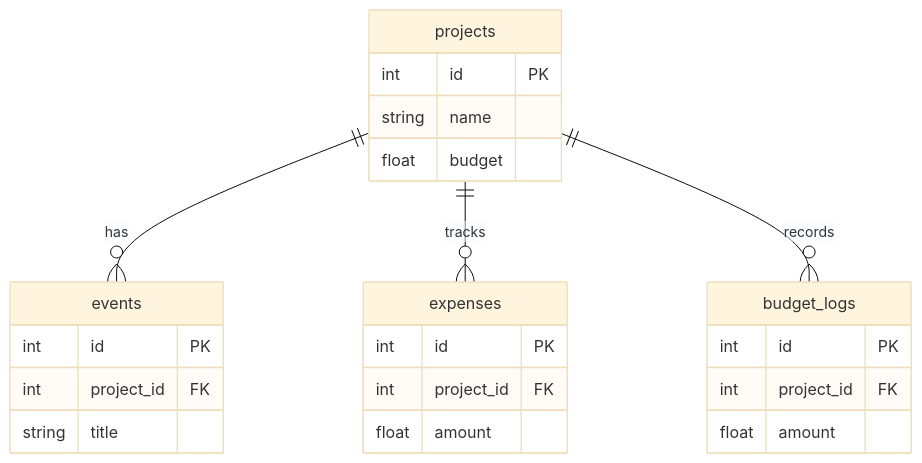
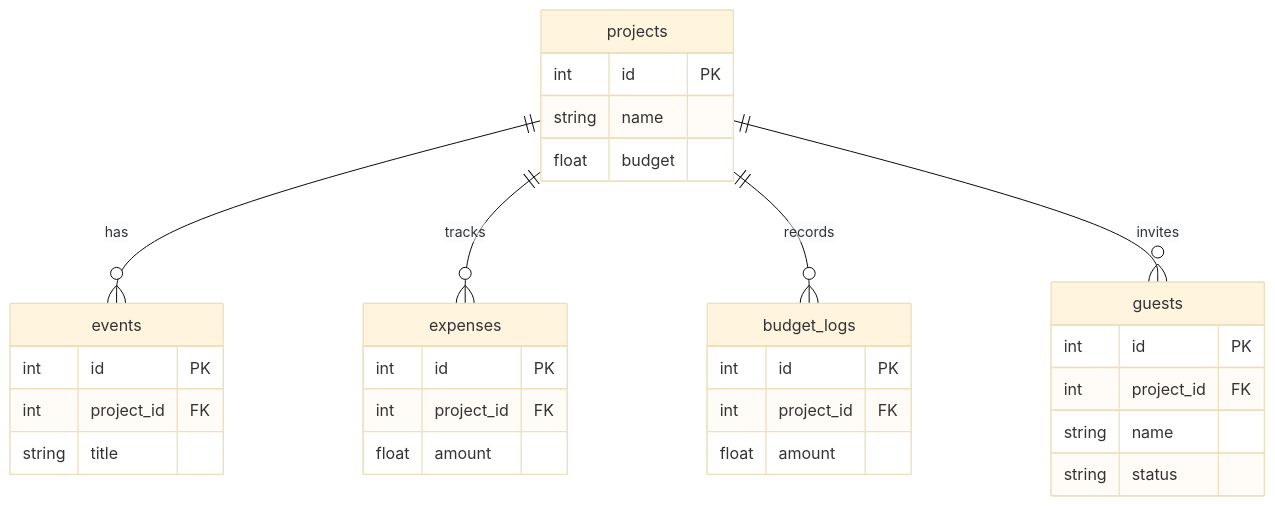
One commit to itsdavidmandal/cyberx-management-system changed the diagram in README.md. Above: the diagram before and after it, drawn with Mermaid (base theme). The commit also changed other lines of this file and 5 other files, not shown here.

Commit message:
feat: refactor guests to link to Projects (optional) instead of Tasks; update UI and documentation

````diff
--- a/README.md
+++ b/README.md
@@ -96,27 +110,34 @@
 ```mermaid
 erDiagram
     projects ||--o{ events : "has"
     projects ||--o{ expenses : "tracks"
     projects ||--o{ budget_logs : "records"
+    projects ||--o{ guests : "invites"
     
     projects {
         int id PK
         string name
         float budget
     }
     events {
         int id PK
         int project_id FK
         string title
     }
     expenses {
         int id PK
         int project_id FK
         float amount
     }
     budget_logs {
         int id PK
         int project_id FK
         float amount
     }
+    guests {
+        int id PK
+        int project_id FK
+        string name
+        string status
+    }
 ```
````
